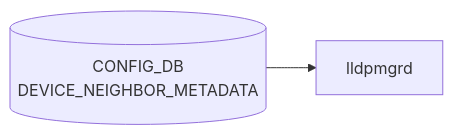
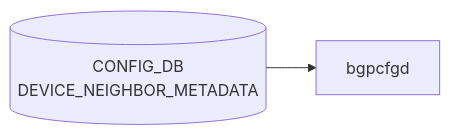
One commit to aoki-taquan/sonic-unofficial-docs changed the diagram in docs/reference/config-db/device-neighbor-metadata.md. Above: the diagram before and after it, drawn with Mermaid. The commit also changed other lines of this file and 1 other file, not shown here.

First line of the commit message:
review: batch 082 — fix lldpmgrd consumer inconsistency and pin source SHAs

````diff
--- a/docs/reference/config-db/device-neighbor-metadata.md
+++ b/docs/reference/config-db/device-neighbor-metadata.md
@@ -30,6 +30,6 @@
 ```mermaid
 flowchart LR
   CDB[("CONFIG_DB<br/>DEVICE_NEIGHBOR_METADATA")]
-  DM["lldpmgrd"]
+  DM["bgpcfgd"]
   CDB --> DM
 ```
````
